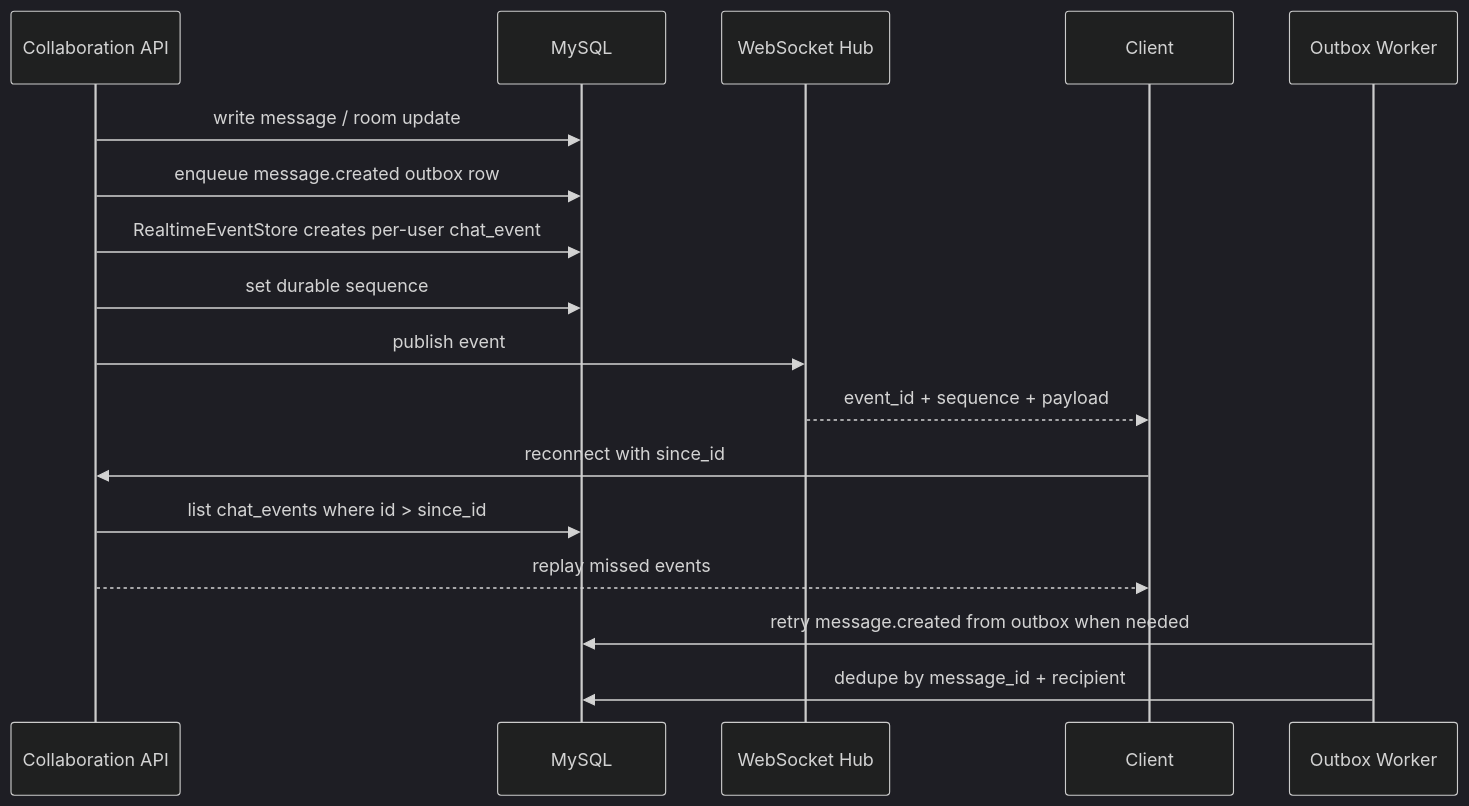
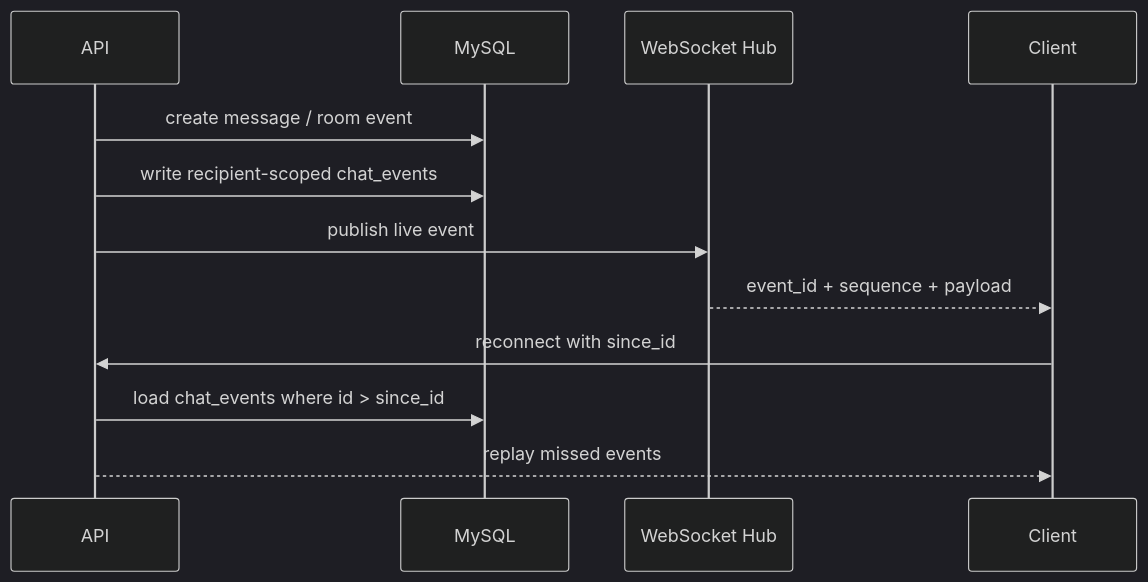
The second of 4 diagrams in docs/interview/system-design.md (XianingY/AllCallAll), drawn with Mermaid (dark theme) before and after one commit. The commit also changed other lines of this file and 31 other files, not shown here.

Commit message:
docs: align docs with current backend architecture

````diff
--- a/docs/interview/system-design.md
+++ b/docs/interview/system-design.md
@@ -53,20 +65,15 @@
 ```mermaid
 sequenceDiagram
-    participant API as Collaboration API
+    participant API
     participant DB as MySQL
     participant Hub as WebSocket Hub
-    participant Client as Client
-    participant Worker as Outbox Worker
+    participant Client
 
-    API->>DB: write message / room update
-    API->>DB: enqueue message.created outbox row
-    API->>DB: RealtimeEventStore creates per-user chat_event
-    API->>DB: set durable sequence
-    API->>Hub: publish event
+    API->>DB: create message / room event
+    API->>DB: write recipient-scoped chat_events
+    API->>Hub: publish live event
     Hub-->>Client: event_id + sequence + payload
     Client->>API: reconnect with since_id
-    API->>DB: list chat_events where id > since_id
+    API->>DB: load chat_events where id > since_id
     API-->>Client: replay missed events
-    Worker->>DB: retry message.created from outbox when needed
-    Worker->>DB: dedupe by message_id + recipient
 ```
````
